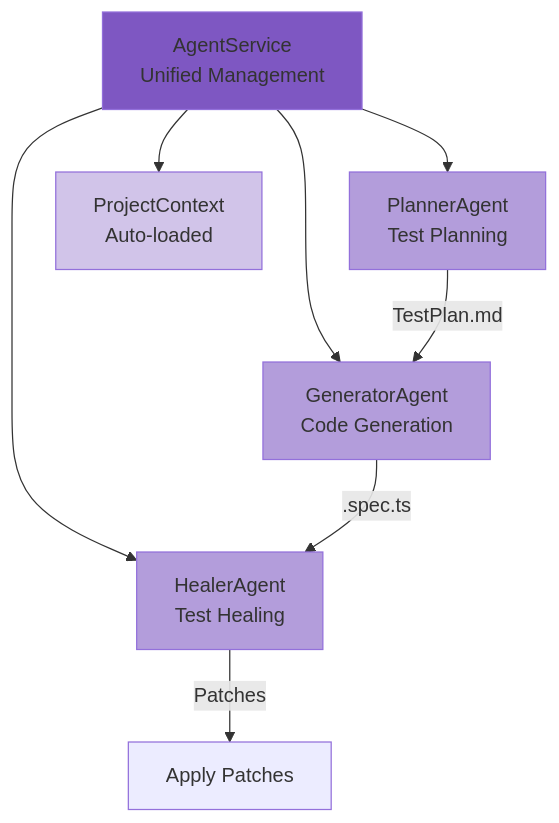
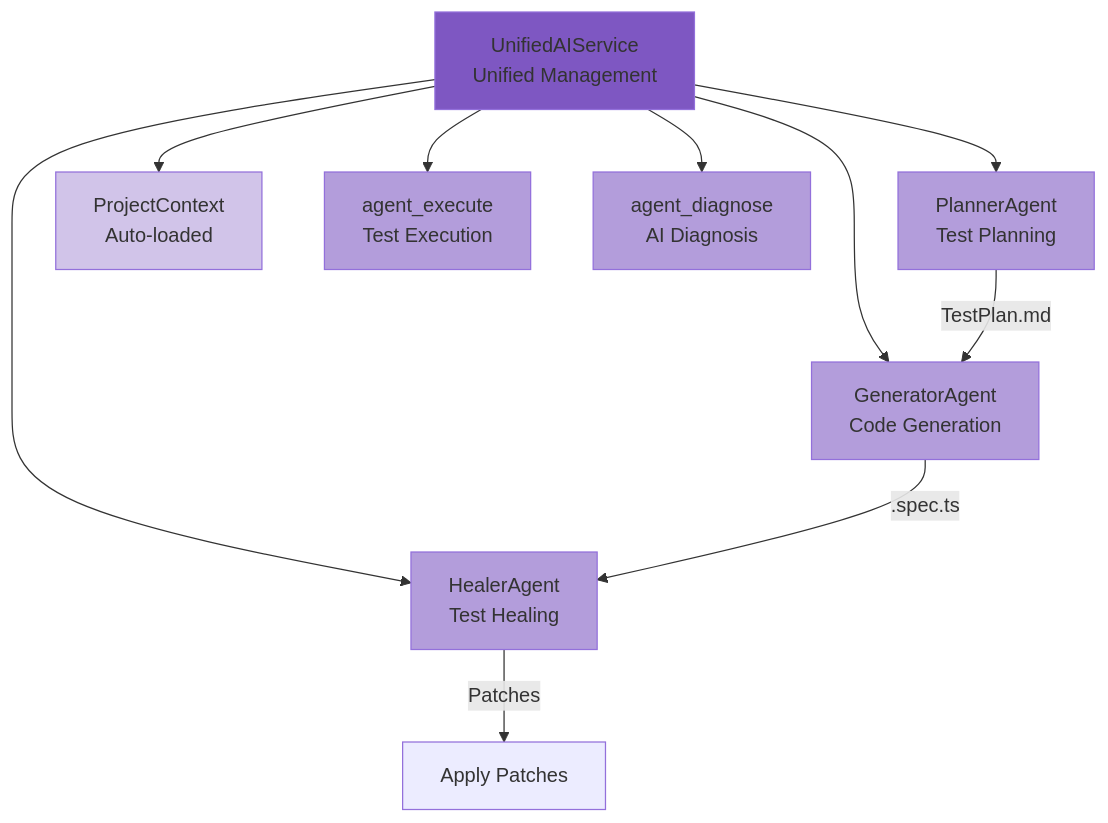
Before and after one commit to yuandiv/yuantest-playwright: the first of 2 diagrams in documentation/guides/agent-system.md, drawn with Mermaid. The commit also changed other lines of this file and 103 other files, not shown here.

````diff
--- a/documentation/guides/agent-system.md
+++ b/documentation/guides/agent-system.md
@@ -9,20 +9,24 @@
 ```mermaid
 graph TB
-    AGT[AgentService<br/>Unified Management]
+    AGT[UnifiedAIService<br/>Unified Management]
 
     AGT --> PLA[PlannerAgent<br/>Test Planning]
     AGT --> GEN[GeneratorAgent<br/>Code Generation]
     AGT --> HEA[HealerAgent<br/>Test Healing]
 
     PLA --> |TestPlan.md| GEN
     GEN --> |.spec.ts| HEA
     HEA --> |Patches| APP[Apply Patches]
 
     AGT --> CTX[ProjectContext<br/>Auto-loaded]
+    AGT --> EXE[agent_execute<br/>Test Execution]
+    AGT --> DIA[agent_diagnose<br/>AI Diagnosis]
 
     style AGT fill:#7e57c2
     style PLA fill:#b39ddb
     style GEN fill:#b39ddb
     style HEA fill:#b39ddb
+    style EXE fill:#b39ddb
+    style DIA fill:#b39ddb
     style CTX fill:#d1c4e9
 ```
````
